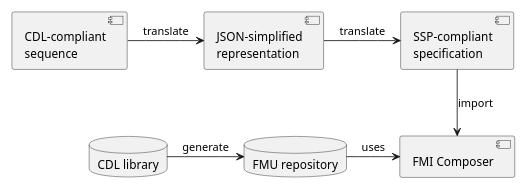
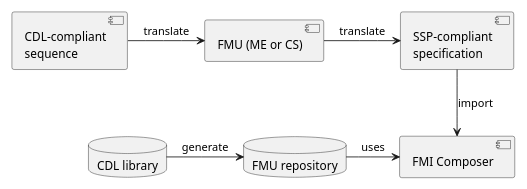
Before and after one commit to lbl-srg/obc: the diagram in specification/source/codeGeneration.rst, drawn with PlantUML. The commit also changed other lines of this file, not shown here.

```diff
--- a/specification/source/codeGeneration.rst
+++ b/specification/source/codeGeneration.rst
@@ -292,26 +297,26 @@
 .. uml::
    :caption: Translation of CDL to SSP.
    :width: 550 px
 
    skinparam componentStyle uml2
 
    scale 450 width
 
      database "CDL library" as cdl_lib {
      }
      database "FMU repository" as fmu_lib {
      }
 
      cdl_lib -r-> fmu_lib: generate
 
      [CDL-compliant\nsequence]
 
-     [JSON-simplified\nrepresentation]
+     [FMU (ME or CS)]
 
-     [CDL-compliant\nsequence] -r-> [JSON-simplified\nrepresentation] : translate
+     [CDL-compliant\nsequence] -r-> [FMU (ME or CS)] : translate
 
-     [JSON-simplified\nrepresentation] -r-> [SSP-compliant\nspecification] : translate
+     [FMU (ME or CS)] -r-> [SSP-compliant\nspecification] : translate
 
      fmu_lib -> [FMI Composer] : uses
 
      [SSP-compliant\nspecification] -d-> [FMI Composer] : import
```
